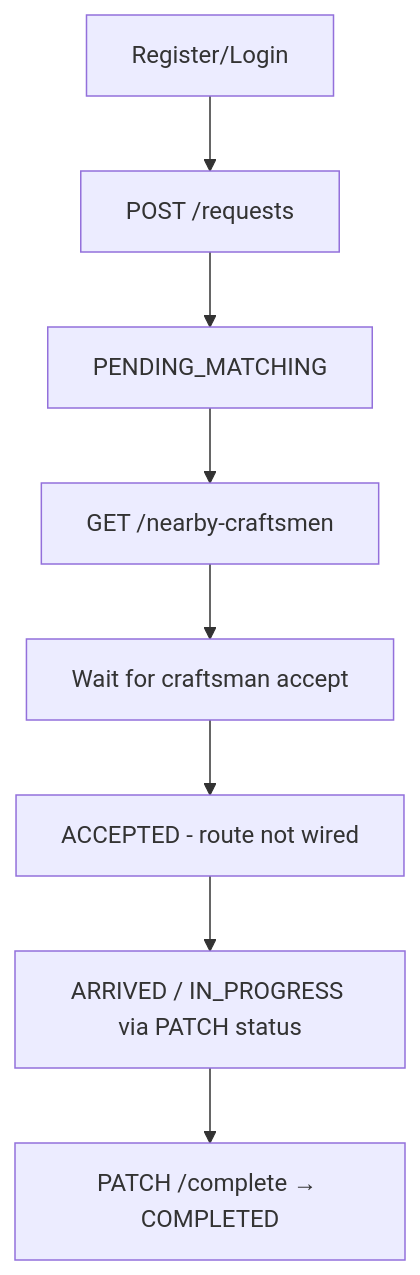
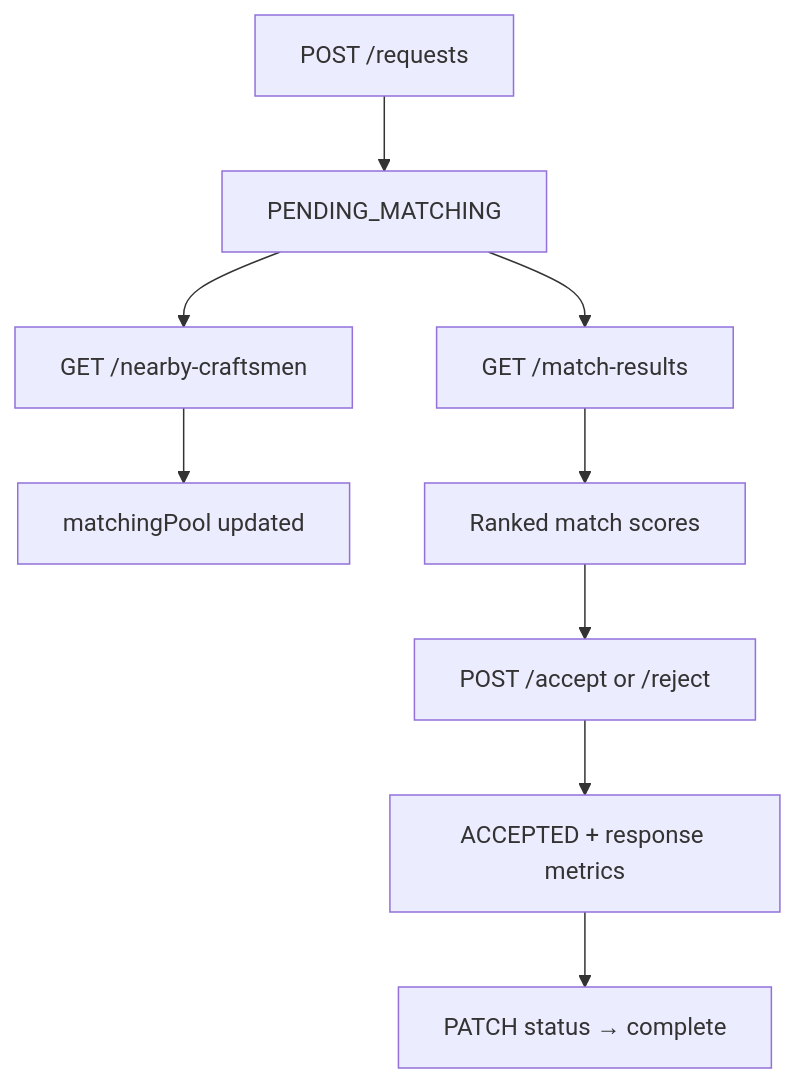
Before and after one commit to mohamedmadyan56/San3a-Fullstack: diagram 14 of 15 in san3a-project/backend/SAN3A_BACKEND_DOCUMENTATION.md, drawn with Mermaid. The commit also changed other lines of this file, not shown here.

````diff
--- a/san3a-project/backend/SAN3A_BACKEND_DOCUMENTATION.md
+++ b/san3a-project/backend/SAN3A_BACKEND_DOCUMENTATION.md
@@ -1805,10 +1204,11 @@
 ```mermaid
 flowchart TD
-    R[Register/Login] --> C[POST /requests]
-    C --> P[PENDING_MATCHING]
-    P --> N[GET /nearby-craftsmen]
-    N --> W[Wait for craftsman accept]
-    W --> A[ACCEPTED - route not wired]
-    A --> AR[ARRIVED / IN_PROGRESS via PATCH status]
-    AR --> CO[PATCH /complete → COMPLETED]
+    A[POST /requests] --> B[PENDING_MATCHING]
+    B --> C[GET /nearby-craftsmen]
+    C --> D[matchingPool updated]
+    B --> E[GET /match-results]
+    E --> F[Ranked match scores]
+    F --> G[POST /accept or /reject]
+    G --> H[ACCEPTED + response metrics]
+    H --> I[PATCH status → complete]
 ```
````
